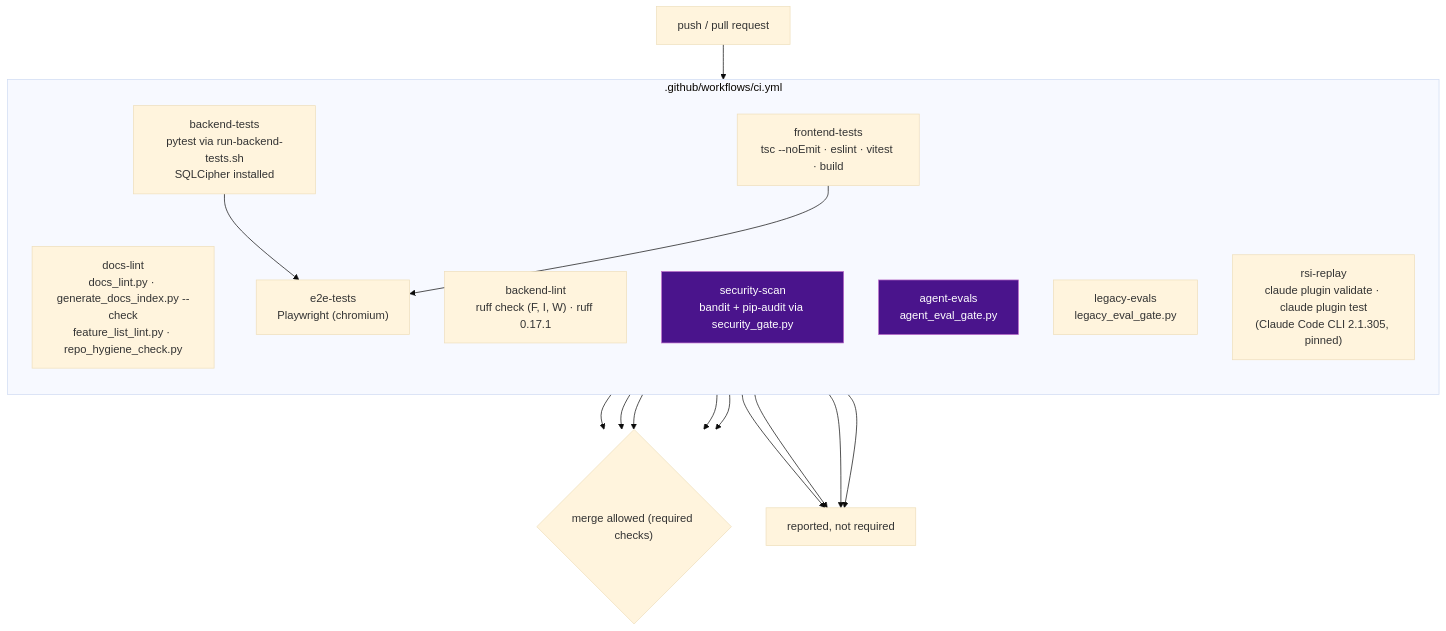
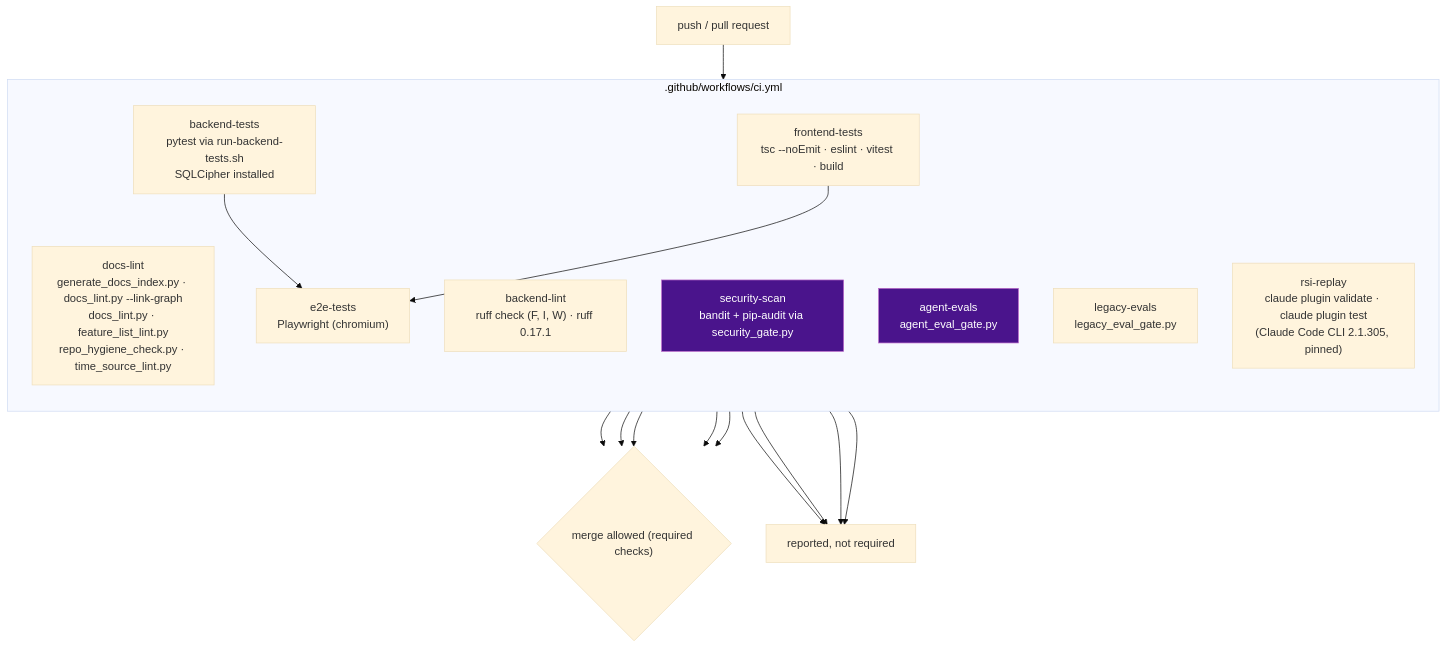
Before and after one commit to BrooklynD23/HealthCentral: the diagram in docs/architecture/ci-and-quality-gates.md, drawn with Mermaid (base theme). The commit also changed 6 other files, not shown here.

````diff
--- a/docs/architecture/ci-and-quality-gates.md
+++ b/docs/architecture/ci-and-quality-gates.md
@@ -11,34 +11,34 @@
 ```mermaid
 flowchart TD
     PUSH["push / pull request"] --> JOBS
 
     subgraph JOBS[".github/workflows/ci.yml"]
         direction TB
-        DOCS["docs-lint<br/>docs_lint.py · generate_docs_index.py --check<br/>feature_list_lint.py · repo_hygiene_check.py"]
+        DOCS["docs-lint<br/>generate_docs_index.py · docs_lint.py --link-graph<br/>docs_lint.py · feature_list_lint.py<br/>repo_hygiene_check.py · time_source_lint.py"]
         BE["backend-tests<br/>pytest via run-backend-tests.sh<br/>SQLCipher installed"]
         LINT["backend-lint<br/>ruff check (F, I, W) · ruff 0.17.1"]
         FE["frontend-tests<br/>tsc --noEmit · eslint · vitest · build"]
         SEC["security-scan<br/>bandit + pip-audit via security_gate.py"]
         EVAL["agent-evals<br/>agent_eval_gate.py"]
         LEGACY["legacy-evals<br/>legacy_eval_gate.py"]
         E2E["e2e-tests<br/>Playwright (chromium)"]
         RSI["rsi-replay<br/>claude plugin validate · claude plugin test<br/>(Claude Code CLI 2.1.305, pinned)"]
     end
 
     BE --> E2E
     FE --> E2E
 
     DOCS --> MERGE{"merge allowed (required checks)"}
     BE --> MERGE
     FE --> MERGE
     SEC --> MERGE
     EVAL --> MERGE
 
     LINT --> REPORTED["reported, not required"]
     LEGACY --> REPORTED
     E2E --> REPORTED
     RSI --> REPORTED
 
     style EVAL fill:#4a148c,stroke:#ba68c8,color:#fff
     style SEC fill:#4a148c,stroke:#ba68c8,color:#fff
 ```
````
